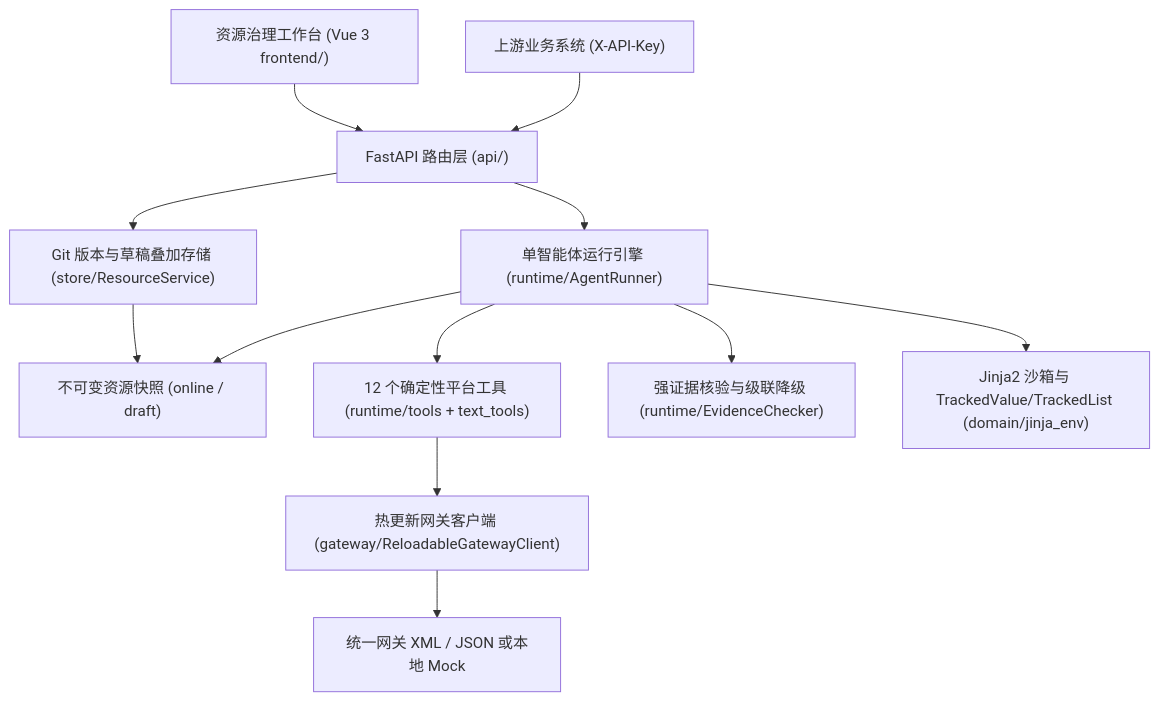
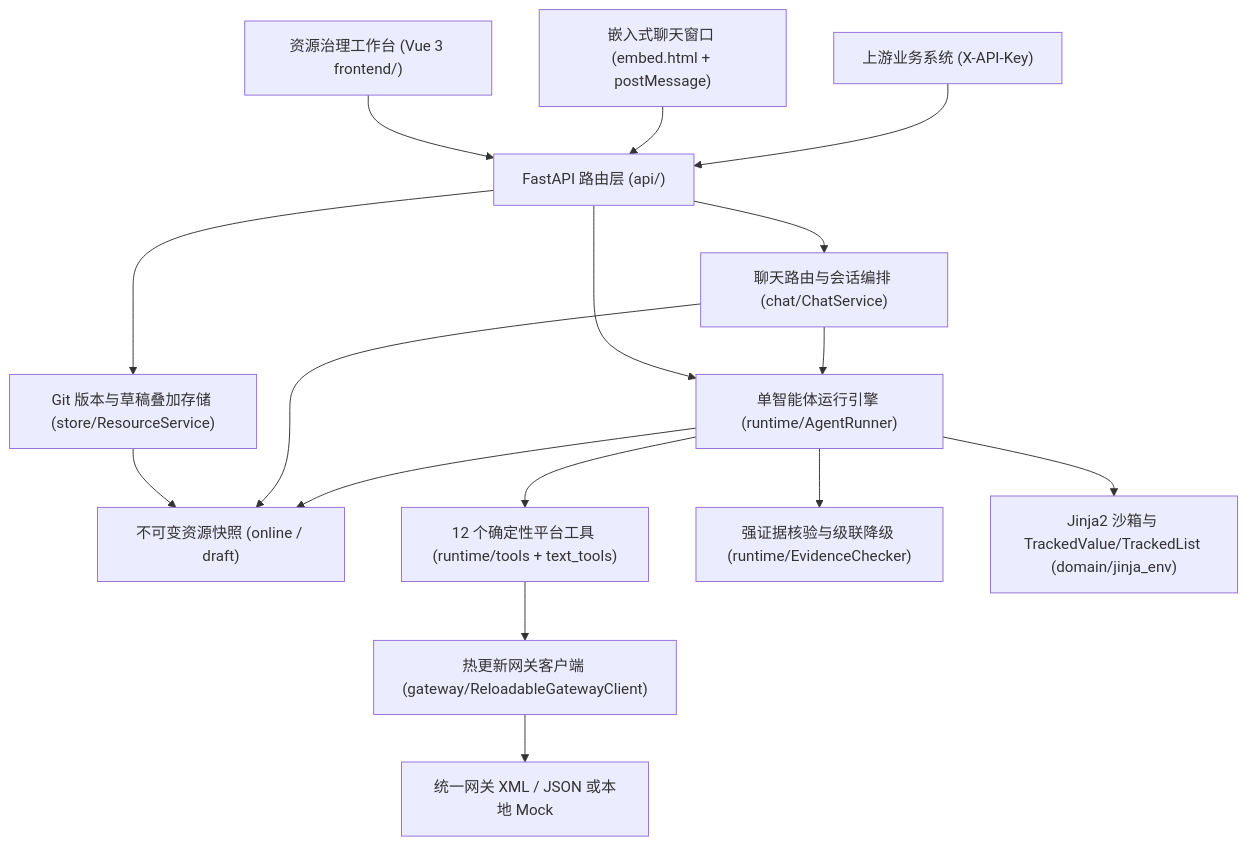
One commit to kiliter/agent-python changed the diagram in wiki/overview.md. Above: the diagram before and after it, drawn with Mermaid. The commit also changed other lines of this file and 202 other files, not shown here.

````diff
--- a/wiki/overview.md
+++ b/wiki/overview.md
@@ -54,14 +54,18 @@
 ```mermaid
 flowchart TB
     Upstream["上游业务系统 (X-API-Key)"] --> API["FastAPI 路由层 (api/)"]
+    Embed["嵌入式聊天窗口 (embed.html + postMessage)"] --> API
     Browser["资源治理工作台 (Vue 3 frontend/)"] --> API
-    API --> Runner["单智能体运行引擎 (runtime/AgentRunner)"]
+    API --> Chat["聊天路由与会话编排 (chat/ChatService)"]
+    Chat --> Runner["单智能体运行引擎 (runtime/AgentRunner)"]
+    API --> Runner
     API --> Store["Git 版本与草稿叠加存储 (store/ResourceService)"]
     Runner --> Snapshot["不可变资源快照 (online / draft)"]
+    Chat --> Snapshot
     Store --> Snapshot
     Runner --> Tools["12 个确定性平台工具 (runtime/tools + text_tools)"]
     Runner --> Checker["强证据核验与级联降级 (runtime/EvidenceChecker)"]
     Runner --> Render["Jinja2 沙箱与 TrackedValue/TrackedList (domain/jinja_env)"]
     Tools --> Gateway["热更新网关客户端 (gateway/ReloadableGatewayClient)"]
     Gateway --> External["统一网关 XML / JSON 或本地 Mock"]
 ```
````
